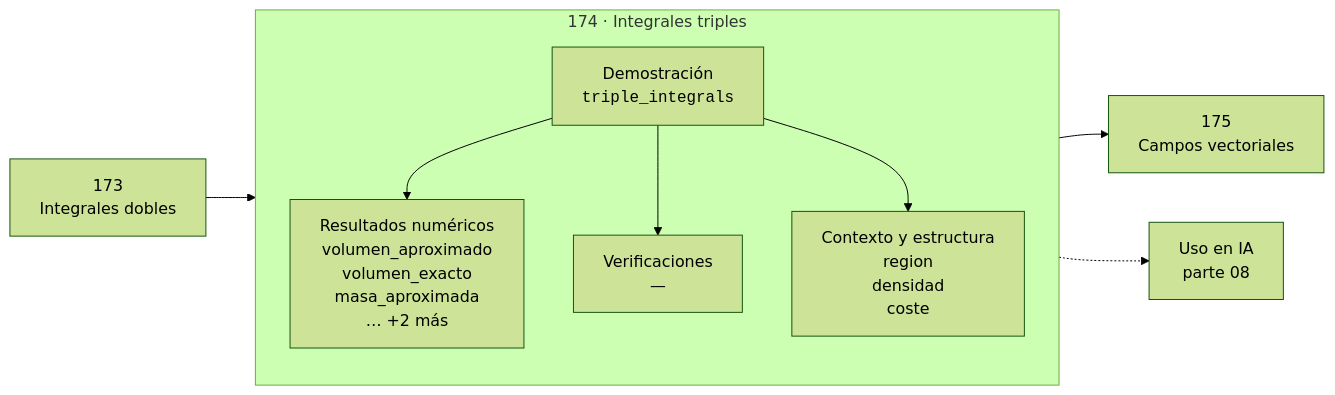
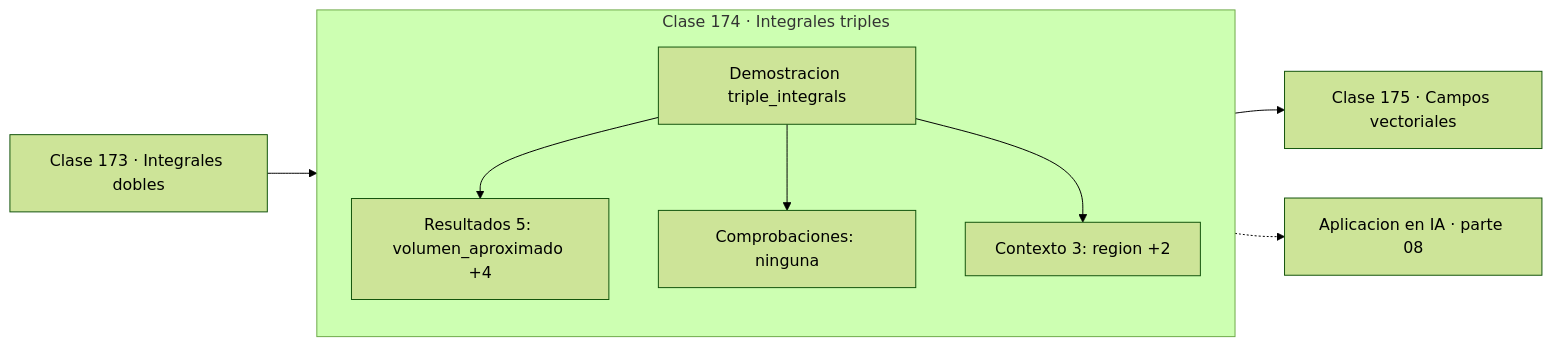
The diagram in classes/part-08-calculo-multivariable-matricial-y-autodiferenciacion/174-integrales-triples/README.md (vladimiracunadev-create/computational-mathematics-program), drawn with Mermaid (forest theme) before and after one commit. The commit also changed 389 other files, not shown here.

First line of the commit message:
fix(diagramas): elimina el HTML de las etiquetas Mermaid

````diff
--- a/classes/part-08-calculo-multivariable-matricial-y-autodiferenciacion/174-integrales-triples/README.md
+++ b/classes/part-08-calculo-multivariable-matricial-y-autodiferenciacion/174-integrales-triples/README.md
@@ -30,12 +30,13 @@
 ```mermaid
 flowchart LR
-    P["173<br/>Integrales dobles"] --> C
-    subgraph C["174 · Integrales triples"]
+    P["Clase 173 · Integrales dobles"] --> D
+    subgraph CLASE["Clase 174 · Integrales triples"]
         direction TB
-        D["Demostración<br/><code>triple_integrals</code>"] --> R["Resultados numéricos<br/>volumen_aproximado<br/>volumen_exacto<br/>masa_aproximada<br/>… +2 más"]
-        D --> V["Verificaciones<br/>—"]
-        D --> O["Contexto y estructura<br/>region<br/>densidad<br/>coste"]
+        D["Demostracion triple_integrals"]
+        D --> R["Resultados 5: volumen_aproximado +4"]
+        D --> V["Comprobaciones: ninguna"]
+        D --> O["Contexto 3: region +2"]
     end
-    C --> N["175<br/>Campos vectoriales"]
-    C -.-> IA["Uso en IA<br/>parte 08"]
+    R --> N["Clase 175 · Campos vectoriales"]
+    V -.-> IA["Aplicacion en IA · parte 08"]
 ```
````
